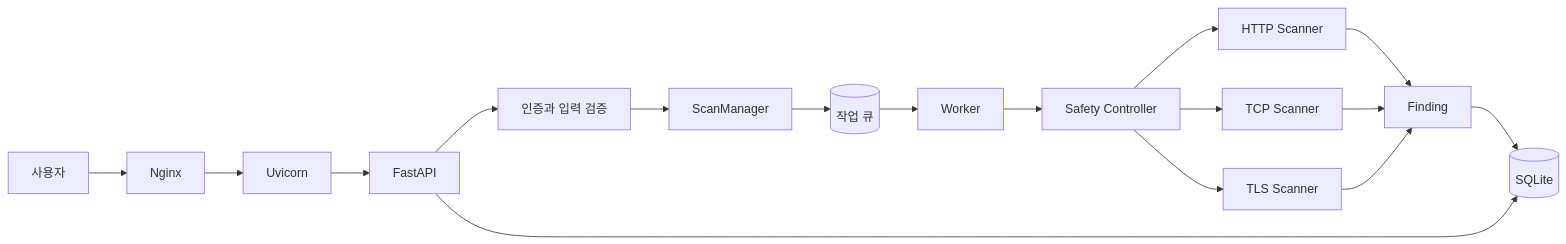
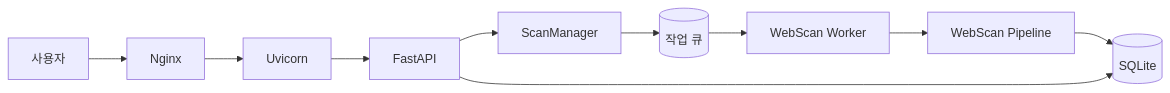
The third of 4 diagrams in 06 아이디어/README.md (Flamcanorm/nuclei-analysis), drawn with Mermaid before and after one commit. The commit also changed other lines of this file and 9 other files, not shown here.

````diff
--- a/06 아이디어/README.md
+++ b/06 아이디어/README.md
@@ -43,19 +61,12 @@
 ```mermaid
 flowchart LR
     U[사용자] --> N[Nginx]
     N --> V[Uvicorn]
     V --> F[FastAPI]
-    F --> A[인증과 입력 검증]
-    A --> M[ScanManager]
+    F --> M[ScanManager]
     M --> Q[(작업 큐)]
-    Q --> W[Worker]
-    W --> S[Safety Controller]
-    S --> H[HTTP Scanner]
-    S --> T[TCP Scanner]
-    S --> L[TLS Scanner]
-    H --> R[Finding]
-    T --> R
-    L --> R
-    R --> DB[(SQLite)]
+    Q --> W[WebScan Worker]
+    W --> P[WebScan Pipeline]
+    P --> DB[(SQLite)]
     F --> DB
 ```
````
